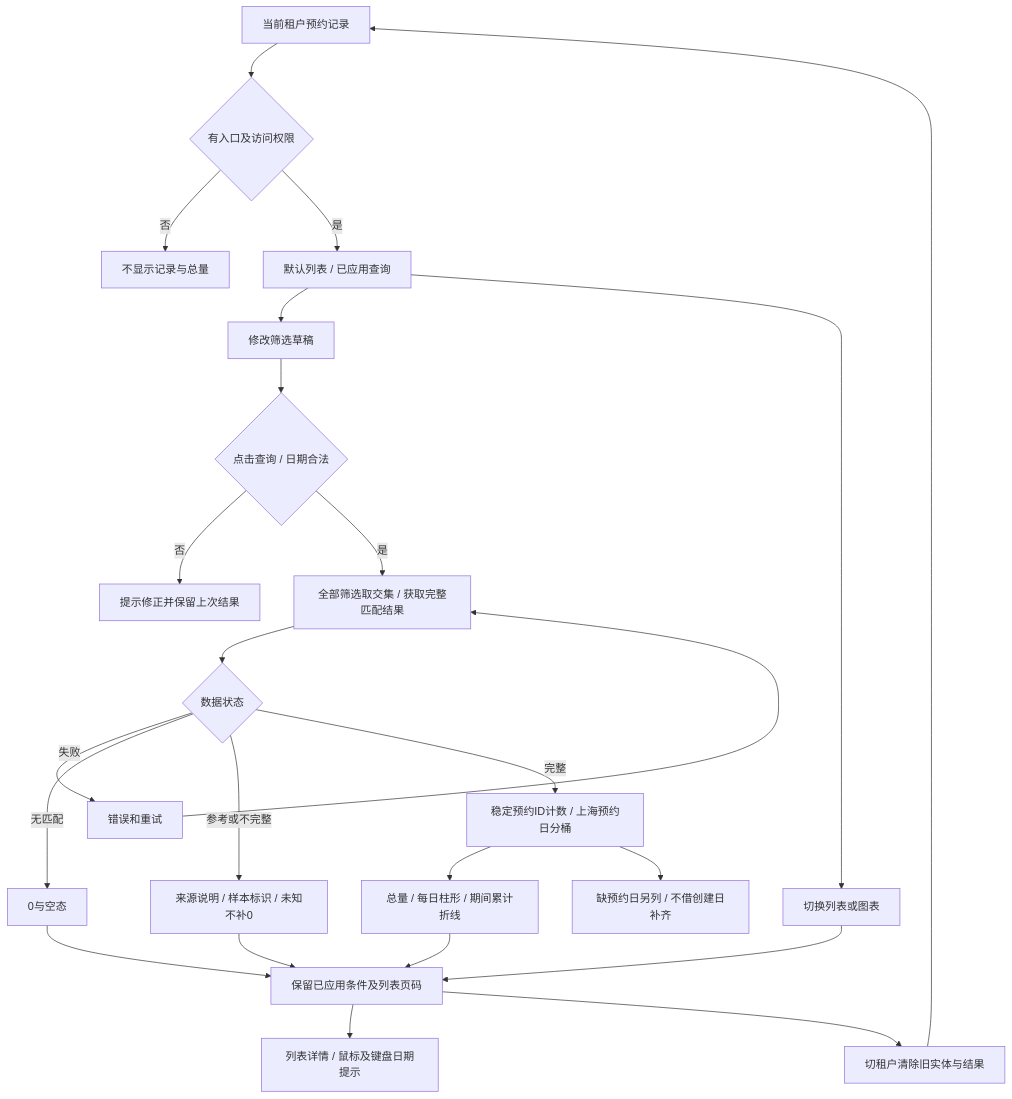
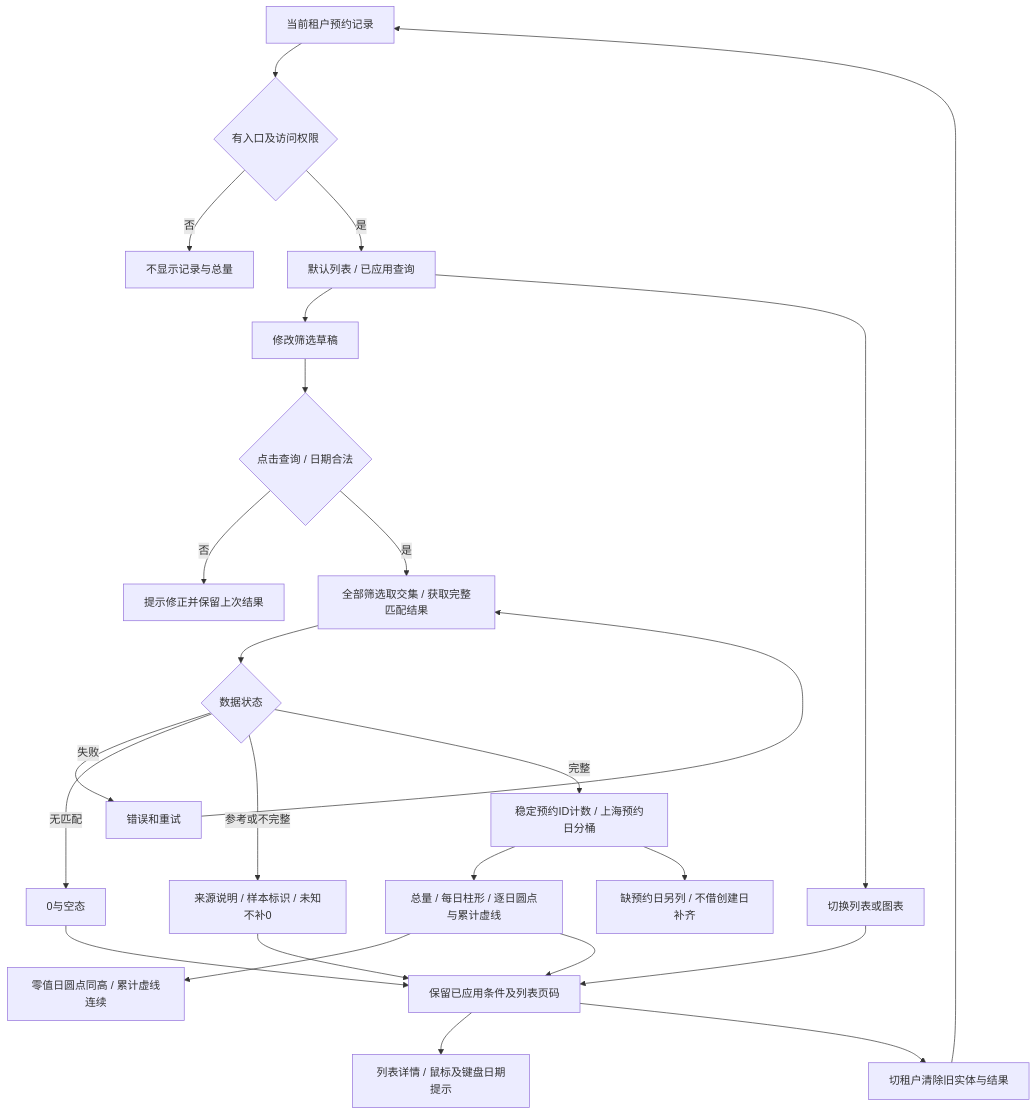
Before and after one commit to xfang9528-glitch/suiyin-admin: the diagram in flowcharts/appointment-chart.md, drawn with Mermaid. The commit also changed 13 other files, not shown here.

````diff
--- a/flowcharts/appointment-chart.md
+++ b/flowcharts/appointment-chart.md
@@ -5,26 +5,27 @@
 ```mermaid
 flowchart TD
     A[当前租户预约记录] --> B{有入口及访问权限}
     B -->|否| C[不显示记录与总量]
     B -->|是| D[默认列表 / 已应用查询]
     D --> E[修改筛选草稿]
     E --> F{点击查询 / 日期合法}
     F -->|否| G[提示修正并保留上次结果]
     F -->|是| H[全部筛选取交集 / 获取完整匹配结果]
     H --> I{数据状态}
     I -->|失败| J[错误和重试]
     J --> H
     I -->|无匹配| K[0与空态]
     I -->|参考或不完整| L[来源说明 / 样本标识 / 未知不补0]
     I -->|完整| M[稳定预约ID计数 / 上海预约日分桶]
-    M --> N[总量 / 每日柱形 / 期间累计折线]
+    M --> N[总量 / 每日柱形 / 逐日圆点与累计虚线]
+    N --> Z[零值日圆点同高 / 累计虚线连续]
     M --> O[缺预约日另列 / 不借创建日补齐]
     D --> P[切换列表或图表]
     P --> Q[保留已应用条件及列表页码]
     N --> Q
     K --> Q
     L --> Q
     Q --> R[列表详情 / 鼠标及键盘日期提示]
     Q --> S[切租户清除旧实体与结果]
     S --> A
 ```
````
